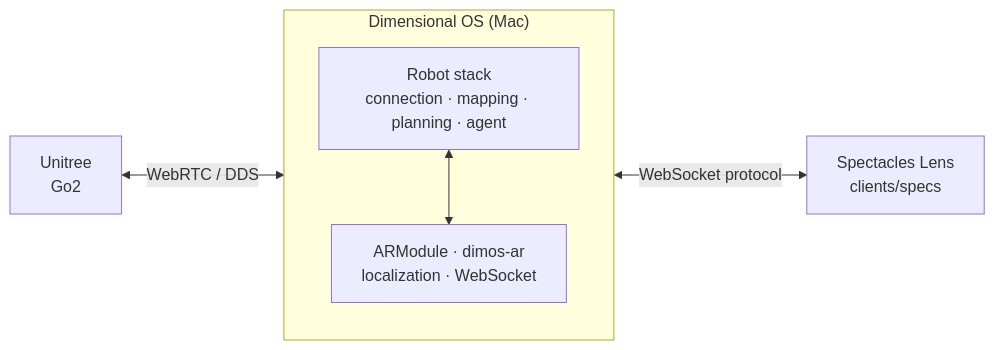
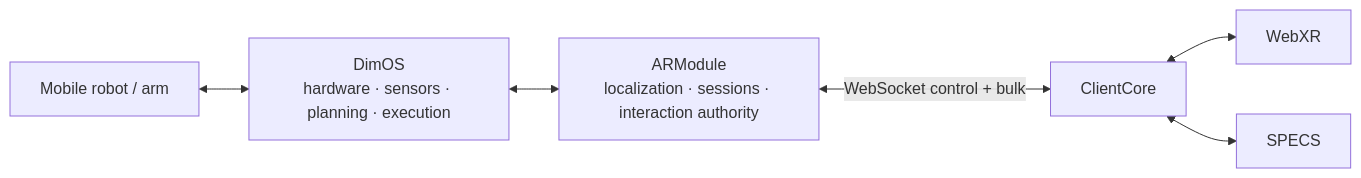
One commit to V4C38/spectacles-dimensional-os changed the diagram in README.md. Above: the diagram before and after it, drawn with Mermaid. The commit also changed other lines of this file and 308 other files, not shown here.

First line of the commit message:
Simplify AR architecture, tests, and client setup

````diff
--- a/README.md
+++ b/README.md
@@ -186,16 +162,8 @@
 ```mermaid
 flowchart LR
-  Robot["Unitree<br>Go2"]
-
-  subgraph DimOS["Dimensional OS (Mac)"]
-    direction TB
-    Stack["Robot stack<br>connection · mapping · planning · agent"]
-    ARModule["ARModule · dimos-ar<br>localization · WebSocket"]
-    Stack <--> ARModule
-  end
-
-  Lens["Spectacles Lens<br>clients/specs"]
-
-  Robot <-->|"WebRTC / DDS"| Stack
-  ARModule <-->|"WebSocket protocol"| Lens
+  Robot["Mobile robot / arm"] <--> DimOS["DimOS<br>hardware · sensors · planning · execution"]
+  DimOS <--> ARModule["ARModule<br>localization · sessions · interaction authority"]
+  ARModule <-->|"WebSocket control + bulk"| Core["ClientCore"]
+  Core <--> WebXR["WebXR"]
+  Core <--> Specs["SPECS"]
 ```
````
